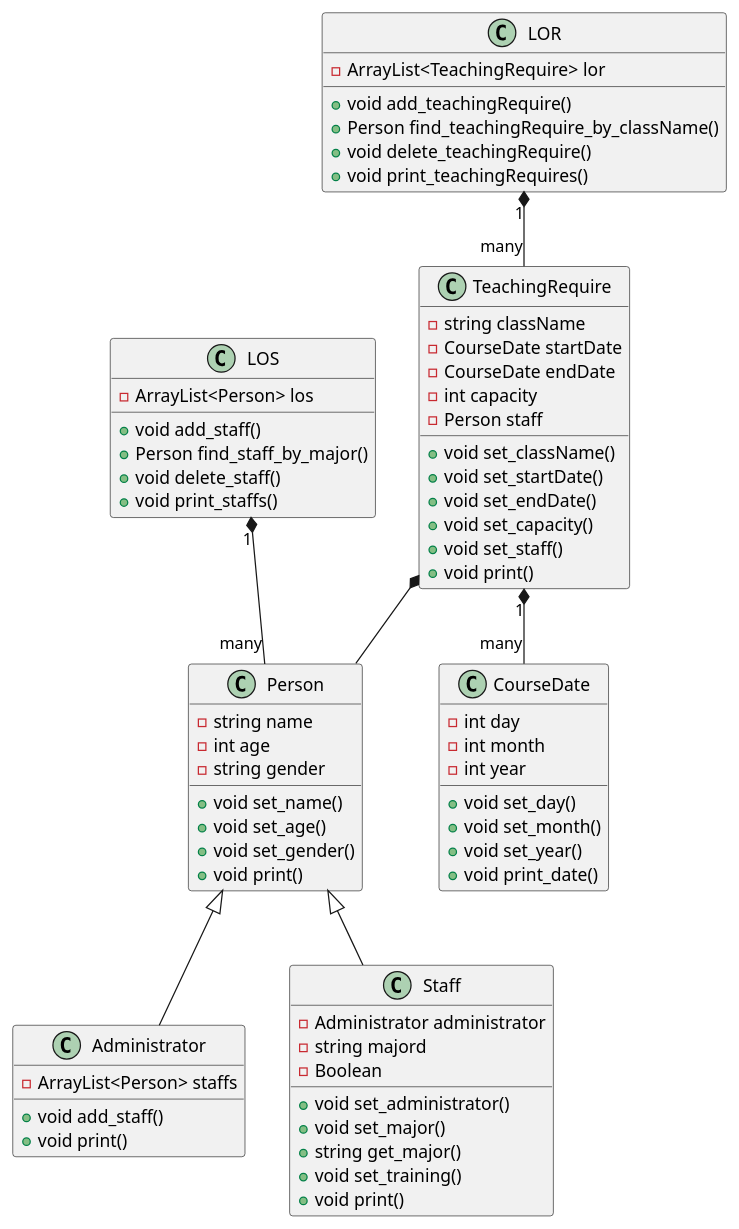
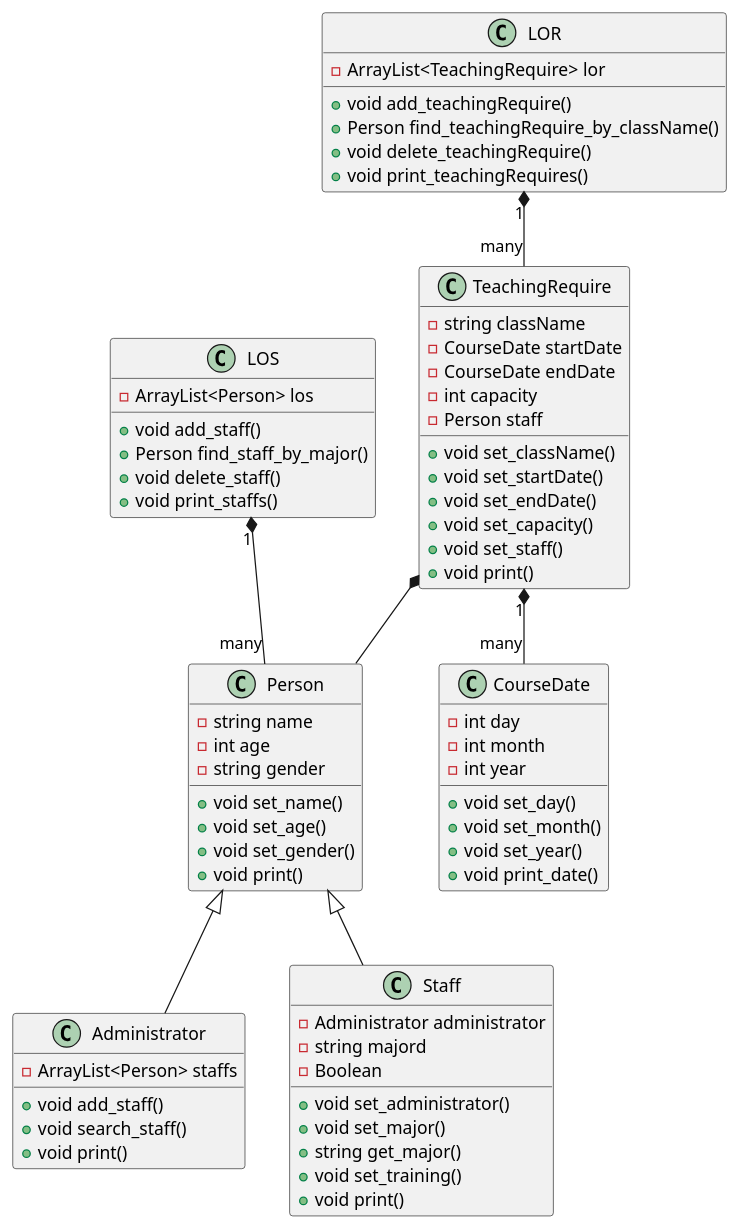
One commit to LancerMar/SEassessment2 changed the diagram in UML/classdiagram.md. Above: the diagram before and after it, drawn with PlantUML.

Commit message:
some changes on class diagram

```diff
--- a/UML/classdiagram.md
+++ b/UML/classdiagram.md
@@ -2,78 +2,79 @@
 @startuml
 
 class Person {
     - string name
     - int age
     - string gender
     + void set_name()
     + void set_age()
     + void set_gender()
     + void print()
 }
 
 class Administrator {
     - ArrayList<Person> staffs
     + void add_staff()
+    + void search_staff()
     + void print() 
 }
 
 class Staff {
     - Administrator administrator
     - string majord
     - Boolean 
     + void set_administrator()
     + void set_major()
     + string get_major()
     + void set_training()
     + void print()
 }
 
 class LOS{
     - ArrayList<Person> los
     + void add_staff()
     + Person find_staff_by_major()
     + void delete_staff()
     + void print_staffs()
 }
 
 Person <|-- Administrator
 Person <|-- Staff
 LOS "1" *-- "many" Person
 
 class CourseDate{
     - int day
     - int month
     - int year
     + void set_day()
     + void set_month()
     + void set_year()
     + void print_date()
 }
 
 class TeachingRequire{
     - string className
     - CourseDate startDate
     - CourseDate endDate
     - int capacity
     - Person staff
     + void set_className()
     + void set_startDate()
     + void set_endDate()
     + void set_capacity()
     + void set_staff()
     + void print() 
 }
 
 class LOR{
     - ArrayList<TeachingRequire> lor
     + void add_teachingRequire()
     + Person find_teachingRequire_by_className()
     + void delete_teachingRequire()
     + void print_teachingRequires()
 }
 
 TeachingRequire "1" *-- "many" CourseDate
 LOR "1" *-- "many" TeachingRequire
 TeachingRequire *-- Person
 
 @enduml
```
